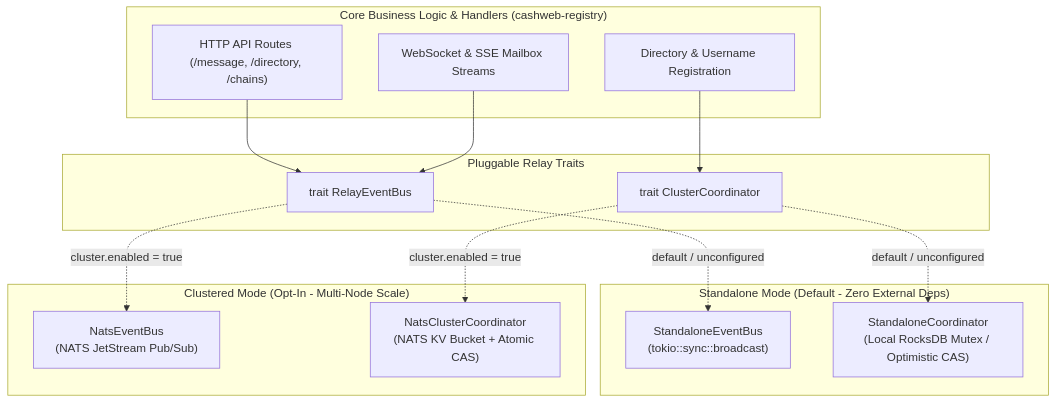
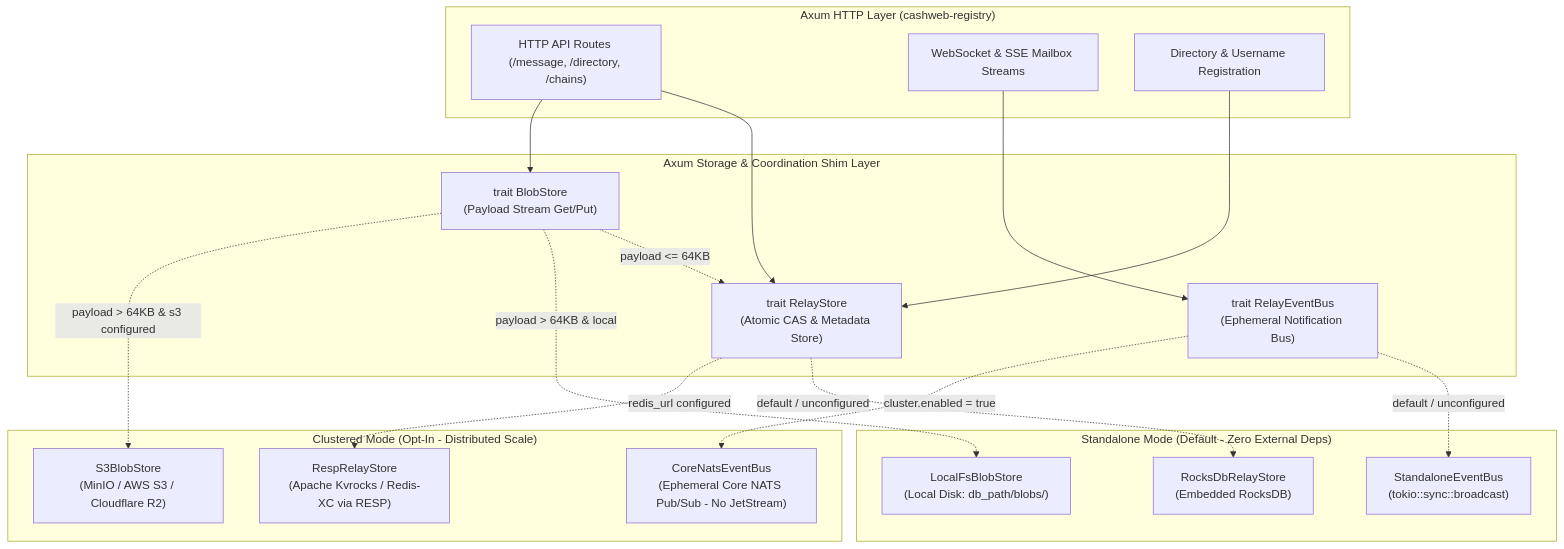
One commit to schancel/frank changed the diagram in docs/clustered-relay-architecture.md. Above: the diagram before and after it, drawn with Mermaid. The commit also changed other lines of this file, not shown here.

Commit message:
docs(cluster): refine Track C architecture with Kvrocks, hybrid blob storage, mobile wallet payout, and anti-swarm peering

````diff
--- a/docs/clustered-relay-architecture.md
+++ b/docs/clustered-relay-architecture.md
@@ -27,33 +38,41 @@
 ```mermaid
 flowchart TD
-    subgraph Core["Core Business Logic & Handlers (cashweb-registry)"]
+    subgraph Axum["Axum HTTP Layer (cashweb-registry)"]
         HTTP["HTTP API Routes (/message, /directory, /chains)"]
         WS["WebSocket & SSE Mailbox Streams"]
         Dir["Directory & Username Registration"]
     end
 
-    subgraph TraitLayer["Pluggable Relay Traits"]
-        BusTrait["trait RelayEventBus"]
-        CoordTrait["trait ClusterCoordinator"]
+    subgraph TraitLayer["Axum Storage & Coordination Shim Layer"]
+        StoreTrait["trait RelayStore<br/>(Atomic CAS & Metadata Store)"]
+        BlobTrait["trait BlobStore<br/>(Payload Stream Get/Put)"]
+        BusTrait["trait RelayEventBus<br/>(Ephemeral Notification Bus)"]
     end
 
     subgraph Standalone["Standalone Mode (Default - Zero External Deps)"]
+        LocalStore["RocksDbRelayStore<br/>(Embedded RocksDB)"]
+        LocalBlob["LocalFsBlobStore<br/>(Local Disk: db_path/blobs/)"]
         LocalBus["StandaloneEventBus<br/>(tokio::sync::broadcast)"]
-        LocalCoord["StandaloneCoordinator<br/>(Local RocksDB Mutex / Optimistic CAS)"]
     end
 
-    subgraph Clustered["Clustered Mode (Opt-In - Multi-Node Scale)"]
-        NatsBus["NatsEventBus<br/>(NATS JetStream Pub/Sub)"]
-        NatsCoord["NatsClusterCoordinator<br/>(NATS KV Bucket + Atomic CAS)"]
+    subgraph Clustered["Clustered Mode (Opt-In - Distributed Scale)"]
+        RespStore["RespRelayStore<br/>(Apache Kvrocks / Redis-XC via RESP)"]
+        S3Blob["S3BlobStore<br/>(MinIO / AWS S3 / Cloudflare R2)"]
+        NatsBus["CoreNatsEventBus<br/>(Ephemeral Core NATS Pub/Sub - No JetStream)"]
     end
 
-    HTTP --> BusTrait
+    HTTP --> StoreTrait
+    HTTP --> BlobTrait
     WS --> BusTrait
-    Dir --> CoordTrait
+    Dir --> StoreTrait
+
+    StoreTrait -.->|default / unconfigured| LocalStore
+    StoreTrait -.->|redis_url configured| RespStore
+
+    BlobTrait -.->|payload <= 64KB| StoreTrait
+    BlobTrait -.->|payload > 64KB & local| LocalBlob
+    BlobTrait -.->|payload > 64KB & s3 configured| S3Blob
 
     BusTrait -.->|default / unconfigured| LocalBus
     BusTrait -.->|cluster.enabled = true| NatsBus
-
-    CoordTrait -.->|default / unconfigured| LocalCoord
-    CoordTrait -.->|cluster.enabled = true| NatsCoord
 ```
````
